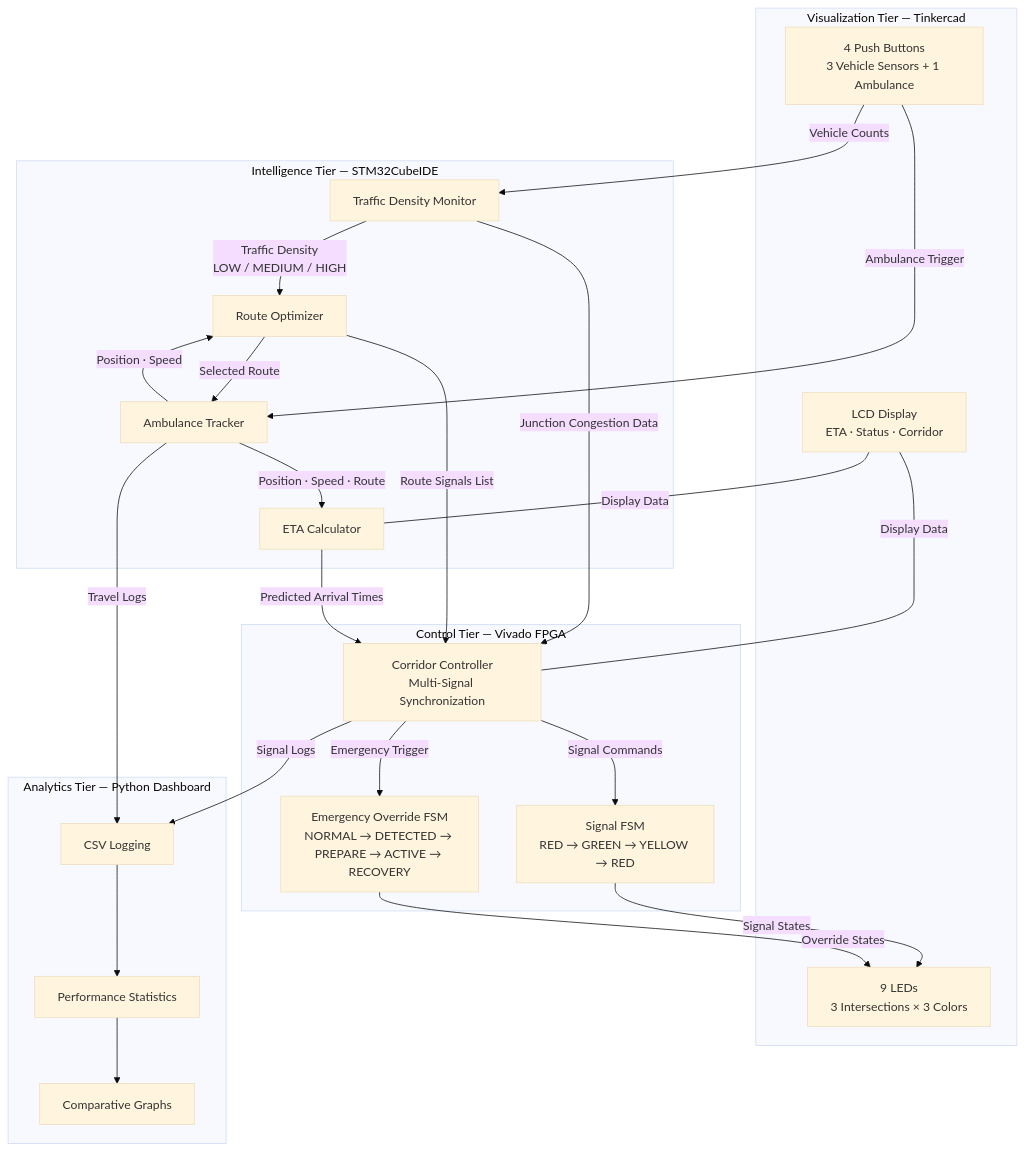
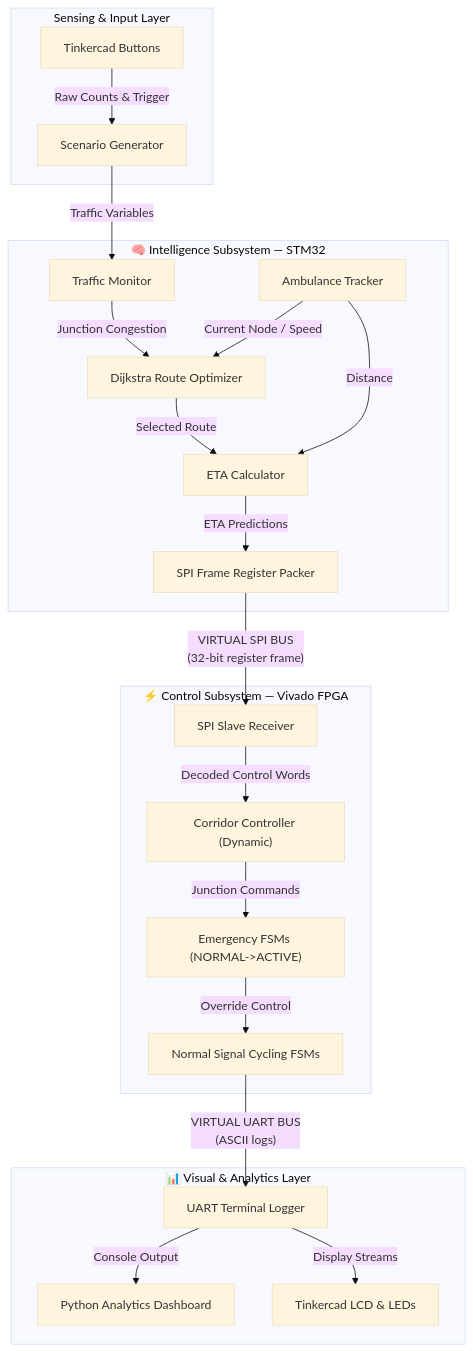
Before and after one commit to ahana4banerjee/Predictive-Ambulance-Green-Corridor-Generator: the diagram in ARCHITECTURE.md, drawn with Mermaid (base theme). The commit also changed other lines of this file and 1 other file, not shown here.

Commit message:
Realigned to map the closed-loop data pipeline (Dijkstra ➔ SPI Frame ➔ FPGA FSMs ➔ UART Stream ➔ Tinkercad LED/LCD Outputs) and introduced the new folder hierarchy layout.

````diff
--- a/ARCHITECTURE.md
+++ b/ARCHITECTURE.md
@@ -40,47 +19,28 @@
 ```mermaid
 graph TB
-    subgraph "Intelligence Tier — STM32CubeIDE"
-        TM["Traffic Density Monitor"]
-        AT["Ambulance Tracker"]
-        RO["Route Optimizer"]
-        ETA["ETA Calculator"]
+    subgraph "Sensing & Input Layer"
+        TK_Btn["Tinkercad Buttons"] -->|"Raw Counts & Trigger"| SIM_Gen["Scenario Generator"]
     end
 
-    subgraph "Control Tier — Vivado FPGA"
-        SFSM["Signal FSM<br/>RED → GREEN → YELLOW → RED"]
-        EFSM["Emergency Override FSM<br/>NORMAL → DETECTED → PREPARE → ACTIVE → RECOVERY"]
-        CC["Corridor Controller<br/>Multi-Signal Synchronization"]
+    subgraph "🧠 Intelligence Subsystem — STM32"
+        SIM_Gen -->|"Traffic Variables"| MCU_TM["Traffic Monitor"]
+        MCU_TM -->|"Junction Congestion"| MCU_RO["Dijkstra Route Optimizer"]
+        MCU_AT["Ambulance Tracker"] -->|"Current Node / Speed"| MCU_RO
+        MCU_AT -->|"Distance"| MCU_ETA["ETA Calculator"]
+        MCU_RO -->|"Selected Route"| MCU_ETA
+        MCU_ETA -->|"ETA Predictions"| MCU_SPI["SPI Frame Register Packer"]
     end
 
-    subgraph "Visualization Tier — Tinkercad"
-        LED["9 LEDs<br/>3 Intersections × 3 Colors"]
-        BTN["4 Push Buttons<br/>3 Vehicle Sensors + 1 Ambulance"]
-        LCD["LCD Display<br/>ETA · Status · Corridor"]
+    subgraph "⚡ Control Subsystem — Vivado FPGA"
+        MCU_SPI -->|"VIRTUAL SPI BUS<br/>(32-bit register frame)"| FPGA_Rx["SPI Slave Receiver"]
+        FPGA_Rx -->|"Decoded Control Words"| FPGA_CC["Corridor Controller (Dynamic)"]
+        FPGA_CC -->|"Junction Commands"| FPGA_EFSM["Emergency FSMs (NORMAL->ACTIVE)"]
+        FPGA_EFSM -->|"Override Control"| FPGA_SFSM["Normal Signal Cycling FSMs"]
     end
 
-    subgraph "Analytics Tier — Python Dashboard"
-        CSV["CSV Logging"]
-        STATS["Performance Statistics"]
-        GRAPH["Comparative Graphs"]
+    subgraph "📊 Visual & Analytics Layer"
+        FPGA_SFSM -->|"VIRTUAL UART BUS<br/>(ASCII logs)"| Term_Logger["UART Terminal Logger"]
+        Term_Logger -->|"Console Output"| Py_Dash["Python Analytics Dashboard"]
+        Term_Logger -->|"Display Streams"| TK_LCD["Tinkercad LCD & LEDs"]
     end
-
-    TM -->|"Traffic Density<br/>LOW / MEDIUM / HIGH"| RO
-    TM -->|"Junction Congestion Data"| CC
-    AT -->|"Position · Speed"| RO
-    AT -->|"Position · Speed · Route"| ETA
-    RO -->|"Selected Route"| AT
-    RO -->|"Route Signals List"| CC
-    ETA -->|"Predicted Arrival Times"| CC
-    CC -->|"Signal Commands"| SFSM
-    CC -->|"Emergency Trigger"| EFSM
-    SFSM -->|"Signal States"| LED
-    EFSM -->|"Override States"| LED
-    BTN -->|"Vehicle Counts"| TM
-    BTN -->|"Ambulance Trigger"| AT
-    LCD ---|"Display Data"| ETA
-    LCD ---|"Display Data"| CC
-    AT -->|"Travel Logs"| CSV
-    CC -->|"Signal Logs"| CSV
-    CSV --> STATS
-    STATS --> GRAPH
 ```
````
